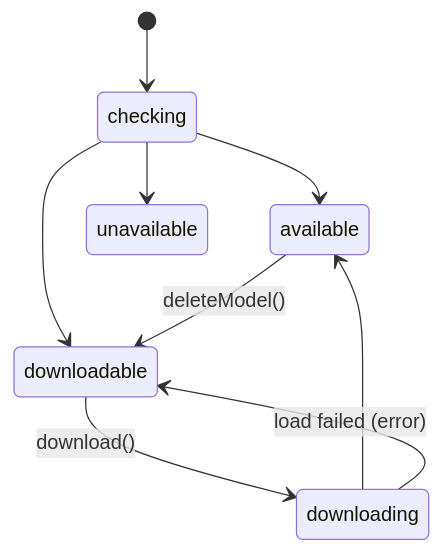
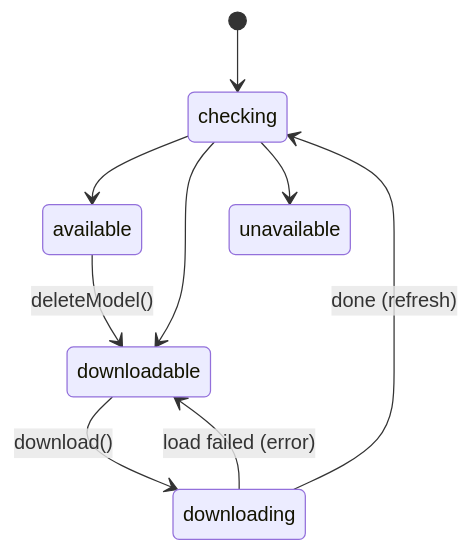
Before and after one commit to Soverius-AI/browser-models: the diagram in apps/docs/docs/architecture/model-lifecycle.md, drawn with Mermaid. The commit also changed 114 other files, not shown here.

````diff
--- a/apps/docs/docs/architecture/model-lifecycle.md
+++ b/apps/docs/docs/architecture/model-lifecycle.md
@@ -7,11 +7,11 @@
 ```mermaid
 stateDiagram-v2
   [*] --> checking
   checking --> available
   checking --> downloadable
   checking --> unavailable
   downloadable --> downloading: download()
-  downloading --> available
+  downloading --> checking: done (refresh)
   downloading --> downloadable: load failed (error)
   available --> downloadable: deleteModel()
 ```
````
